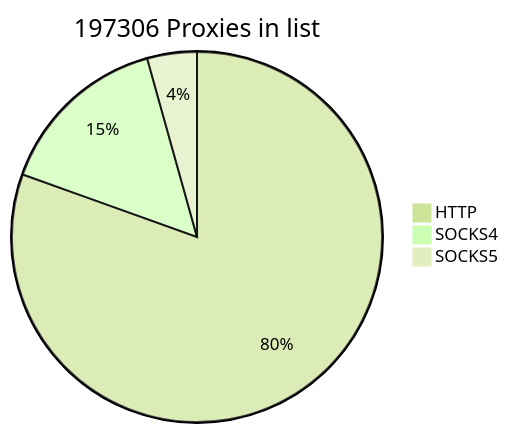
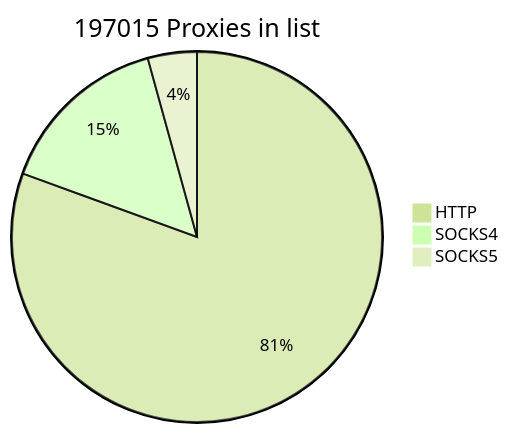
The first of 2 diagrams in README.md (cutipu/proxylist), drawn with Mermaid (forest theme) before and after one commit. The commit also changed other lines of this file, not shown here.

````diff
--- a/README.md
+++ b/README.md
@@ -2,7 +2,7 @@
 ```mermaid
-pie title 197306 Proxies in list
-    "HTTP" : 158797
-    "SOCKS4" : 29959
-    "SOCKS5" : 8550
+pie title 197015 Proxies in list
+    "HTTP" : 158718
+    "SOCKS4" : 29867
+    "SOCKS5" : 8430
             
 ```
````
